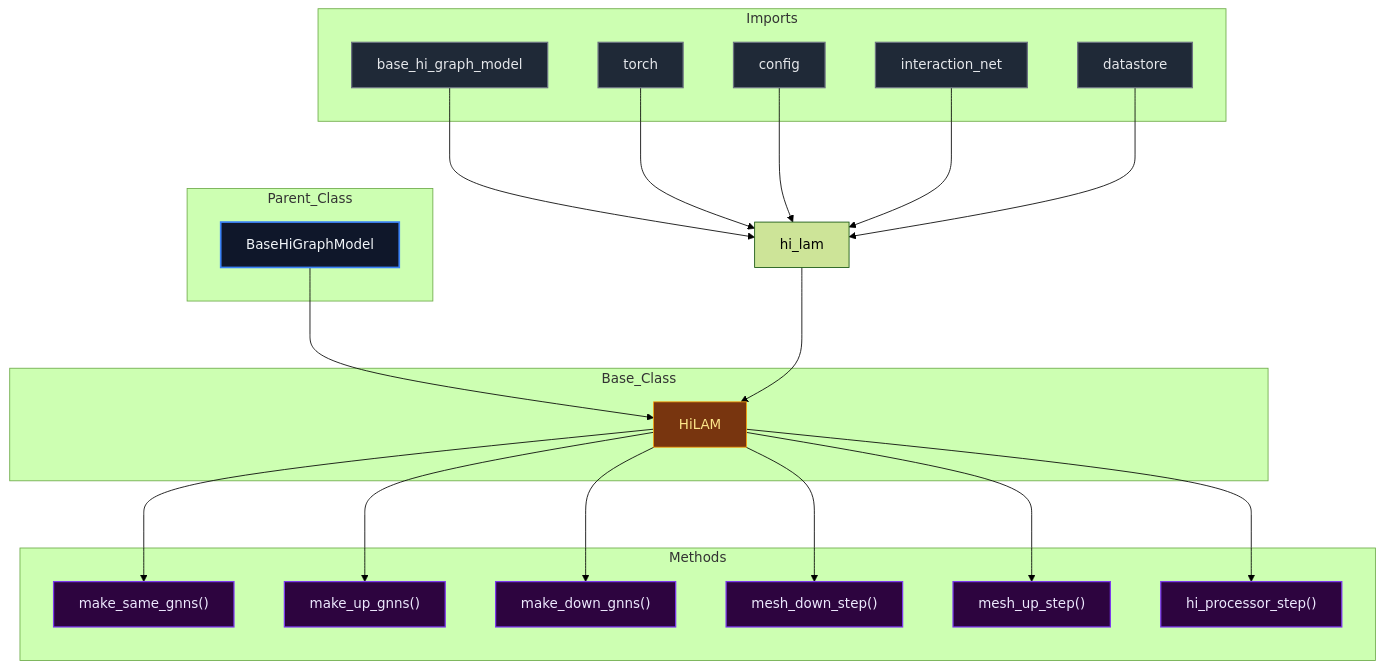
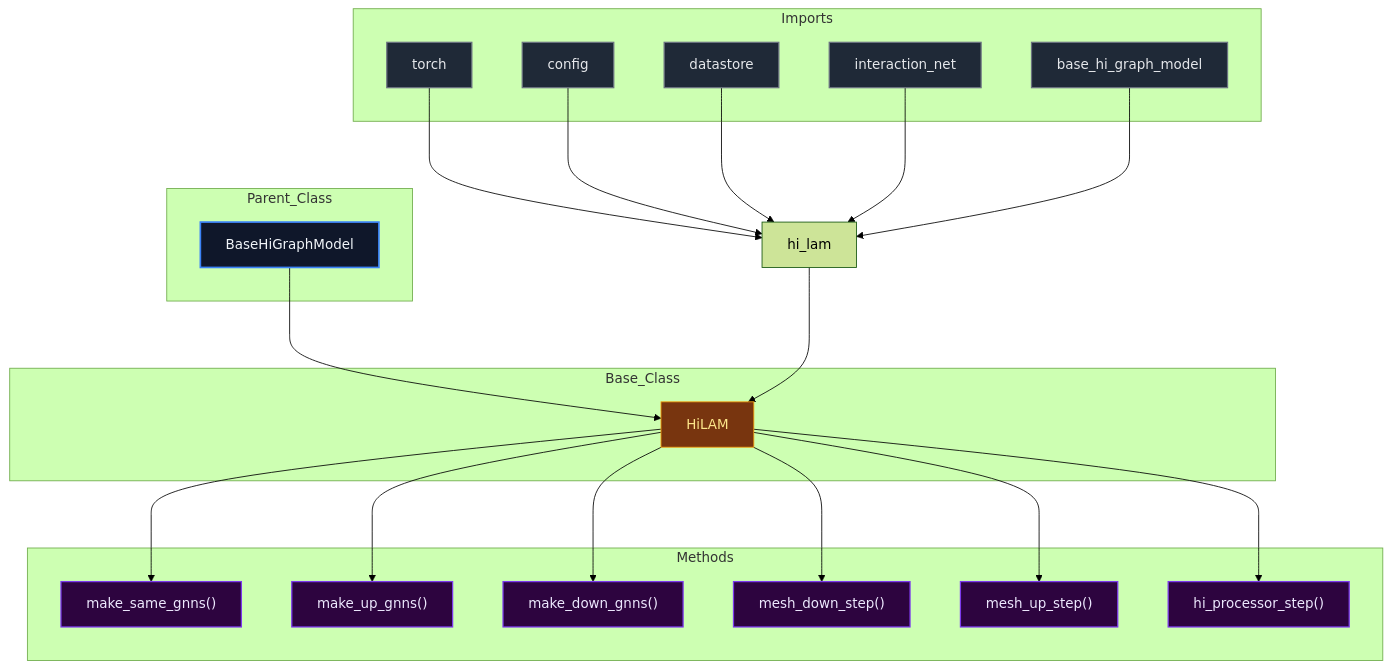
The diagram in docs/diagrams/hi_lam_diagram.md (mllam/neural-lam), drawn with Mermaid (forest theme) before and after one commit. The commit also changed 19 other files, not shown here.

Commit message:
Auto-update Mermaid diagrams

````diff
--- a/docs/diagrams/hi_lam_diagram.md
+++ b/docs/diagrams/hi_lam_diagram.md
@@ -1,58 +1,58 @@
 ```mermaid
 %%{init: {'flowchart': {'nodeSpacing': 60, 'rankSpacing': 80}}}%%
 flowchart TD
 
 module["hi_lam"]
 
 subgraph Parent_Class
     BaseHiGraphModel["BaseHiGraphModel"]
 end
 
 subgraph Base_Class
     HiLAM["HiLAM"]
 end
 
     BaseHiGraphModel --> HiLAM
 
 subgraph Imports
-    base_hi_graph_model["base_hi_graph_model"]
     torch["torch"]
     config["config"]
+    datastore["datastore"]
     interaction_net["interaction_net"]
-    datastore["datastore"]
+    base_hi_graph_model["base_hi_graph_model"]
 end
 
-    base_hi_graph_model --> module
     torch --> module
     config --> module
+    datastore --> module
     interaction_net --> module
-    datastore --> module
+    base_hi_graph_model --> module
     module --> HiLAM
 
 subgraph Methods
     HiLAM_make_same_gnns["make_same_gnns()"]
     HiLAM_make_up_gnns["make_up_gnns()"]
     HiLAM_make_down_gnns["make_down_gnns()"]
     HiLAM_mesh_down_step["mesh_down_step()"]
     HiLAM_mesh_up_step["mesh_up_step()"]
     HiLAM_hi_processor_step["hi_processor_step()"]
 end
 
     HiLAM --> HiLAM_make_same_gnns
     HiLAM --> HiLAM_make_up_gnns
     HiLAM --> HiLAM_make_down_gnns
     HiLAM --> HiLAM_mesh_down_step
     HiLAM --> HiLAM_mesh_up_step
     HiLAM --> HiLAM_hi_processor_step
 
 classDef parent fill:#0f172a,stroke:#3b82f6,stroke-width:2px,color:#f1f5f9,font-size:16px
 classDef base fill:#78350f,stroke:#f59e0b,stroke-width:1px,color:#fde68a,font-size:16px
 classDef import fill:#1f2937,stroke:#6b7280,stroke-width:1.5px,color:#e5e7eb,font-size:16px
 classDef method fill:#2d043f,stroke:#7c3aed,stroke-width:1.5px,color:#ede9fe,font-size:16px
 classDef callNode fill:#064e3b,stroke:#10b981,stroke-width:1.5px,color:#d1fae5,font-size:16px
 class BaseHiGraphModel parent
 class HiLAM base
-class base_hi_graph_model,torch,config,interaction_net,datastore import
+class torch,config,datastore,interaction_net,base_hi_graph_model import
 class HiLAM_make_same_gnns,HiLAM_make_up_gnns,HiLAM_make_down_gnns,HiLAM_mesh_down_step,HiLAM_mesh_up_step,HiLAM_hi_processor_step method
 
 ```
````
